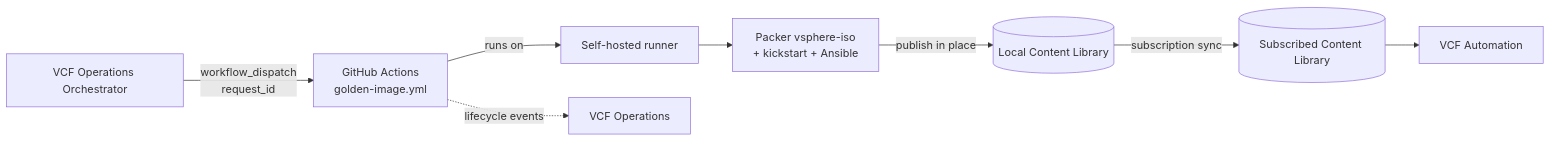
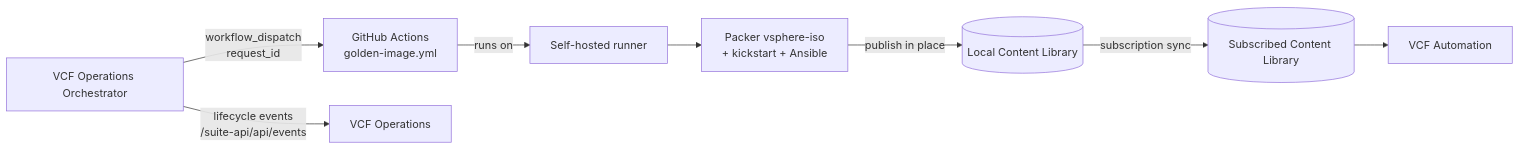
Before and after one commit to NJSchulz/packer-golden-images: the diagram in README.md, drawn with Mermaid. The commit also changed other lines of this file and 14 other files, not shown here.

First line of the commit message:
Add VCF Operations symptom and alert definitions for build events

````diff
--- a/README.md
+++ b/README.md
@@ -15,10 +15,10 @@
 ```mermaid
 flowchart LR
   O[VCF Operations Orchestrator] -- workflow_dispatch<br/>request_id --> GH[GitHub Actions<br/>golden-image.yml]
   GH -- runs on --> R[Self-hosted runner]
   R --> P[Packer vsphere-iso<br/>+ kickstart + Ansible]
   P -- publish in place --> SL[(Local Content Library)]
   SL -- subscription sync --> SUB[(Subscribed Content Library)]
   SUB --> VCFA[VCF Automation]
-  GH -. lifecycle events .-> OPS[VCF Operations]
+  O -- lifecycle events<br/>/suite-api/api/events --> OPS[VCF Operations]
 ```
````
